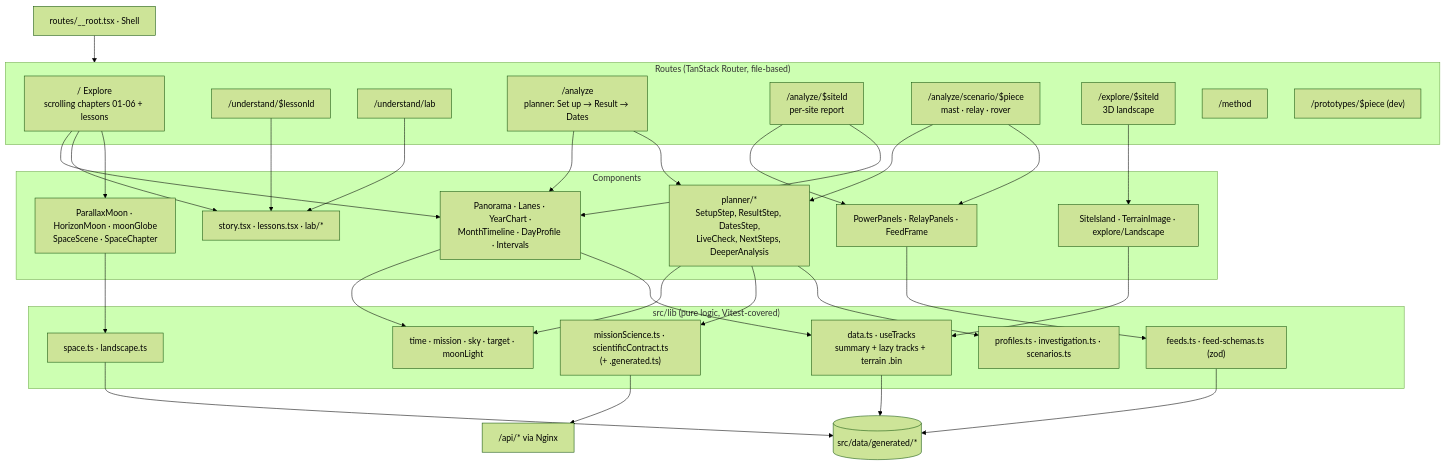
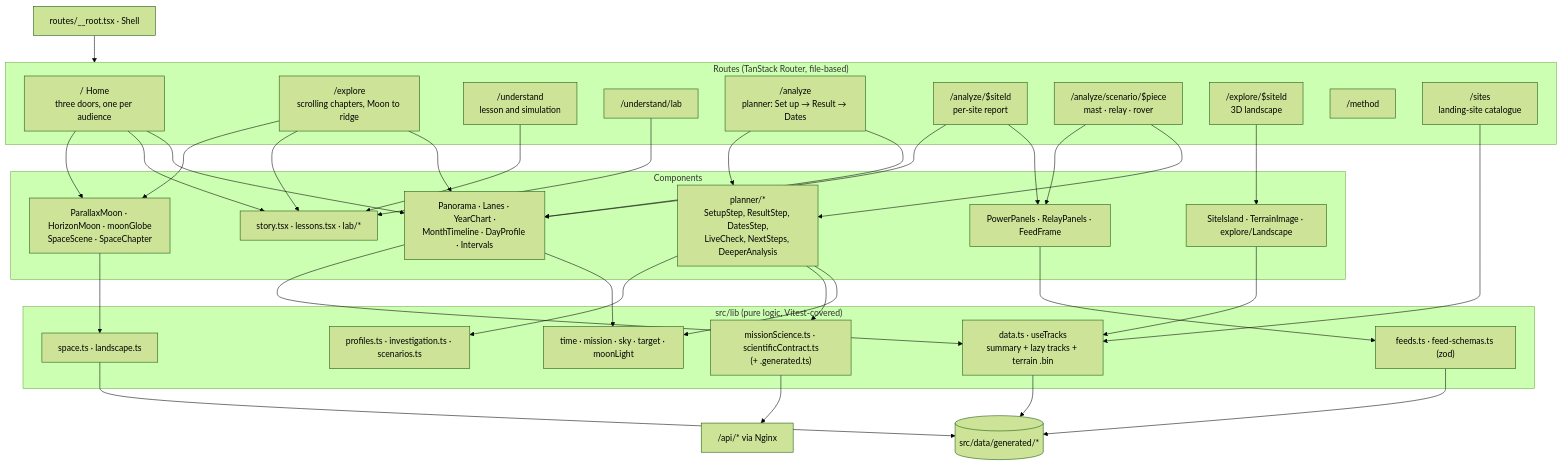
One commit to PentaHexaKong/nasa-skyline changed the tenth of 14 diagrams in docs/architecture/system-design.md. Above: the diagram before and after it, drawn with Mermaid (forest theme). The commit also changed other lines of this file and 4 other files, not shown here.

````diff
--- a/docs/architecture/system-design.md
+++ b/docs/architecture/system-design.md
@@ -357,52 +360,54 @@
 ```mermaid
 flowchart TB
     root["routes/__root.tsx · Shell"]
 
     subgraph routes["Routes (TanStack Router, file-based)"]
-        home["/ Explore<br/>scrolling chapters 01-06 + lessons"]
-        lesson["/understand/$lessonId"]
+        home["/ Home<br/>three doors, one per audience"]
+        explore["/explore<br/>scrolling chapters, Moon to ridge"]
+        lesson["/understand<br/>lesson and simulation"]
         lab["/understand/lab"]
         analyze["/analyze<br/>planner: Set up → Result → Dates"]
         report["/analyze/$siteId<br/>per-site report"]
         scen["/analyze/scenario/$piece<br/>mast · relay · rover"]
         exp["/explore/$siteId<br/>3D landscape"]
         method["/method"]
-        proto["/prototypes/$piece (dev)"]
+        sites["/sites<br/>landing-site catalogue"]
     end
 
     subgraph comps["Components"]
         moon["ParallaxMoon · HorizonMoon · moonGlobe<br/>SpaceScene · SpaceChapter"]
         story["story.tsx · lessons.tsx · lab/*"]
         plan["planner/*<br/>SetupStep, ResultStep, DatesStep,<br/>LiveCheck, NextSteps, DeeperAnalysis"]
         charts["Panorama · Lanes · YearChart ·<br/>MonthTimeline · DayProfile · Intervals"]
         panels["PowerPanels · RelayPanels · FeedFrame"]
         island["SiteIsland · TerrainImage · explore/Landscape"]
     end
 
     subgraph lib["src/lib (pure logic, Vitest-covered)"]
         data["data.ts · useTracks<br/>summary + lazy tracks + terrain .bin"]
         time["time · mission · sky · target · moonLight"]
         prof["profiles.ts · investigation.ts · scenarios.ts"]
         feeds["feeds.ts · feed-schemas.ts (zod)"]
         live["missionScience.ts · scientificContract.ts<br/>(+ .generated.ts)"]
         spaceLib["space.ts · landscape.ts"]
     end
 
     gen[("src/data/generated/*")]
     api["/api/* via Nginx"]
 
     root --> routes
-    home --> moon & story & charts
+    home & explore --> moon & story & charts
+    sites --> data
     lesson & lab --> story
     analyze --> plan & charts
     report --> charts & panels
     scen --> panels & plan
     exp --> island
     plan --> prof & live & time
     charts --> data & time
     panels --> feeds
     moon --> spaceLib
     island --> data
     data & feeds & spaceLib --> gen
     live --> api
 ```
````
